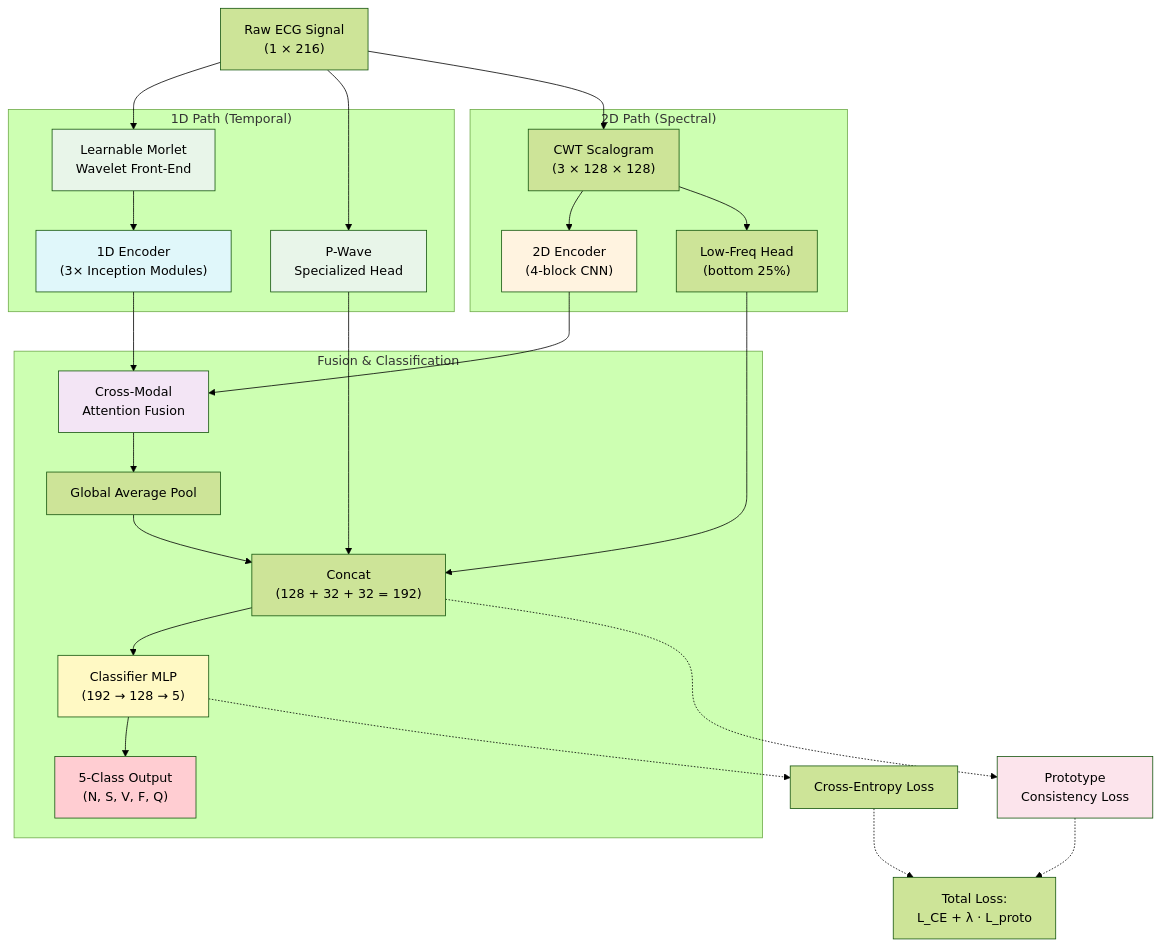
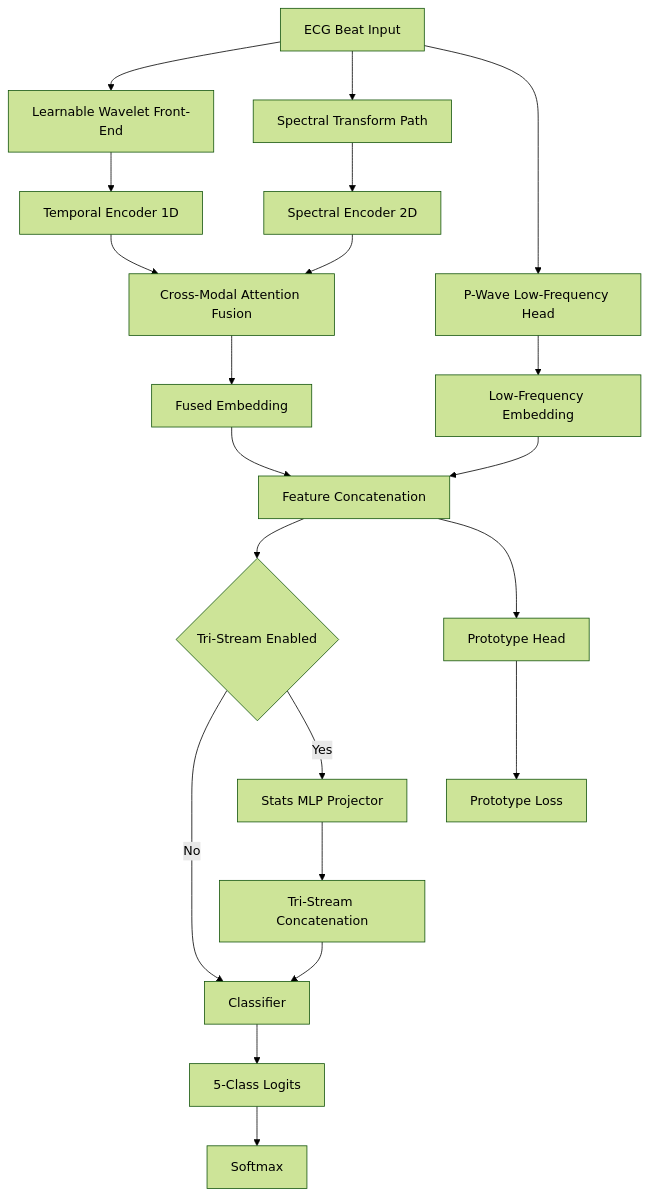
One commit to HardikNegi9/Guide changed the first of 2 diagrams in NSHT_PAPER3_STUDY_GUIDE.md. Above: the diagram before and after it, drawn with Mermaid (forest theme). The commit also changed other lines of this file and 5 other files, not shown here.

````diff
--- a/NSHT_PAPER3_STUDY_GUIDE.md
+++ b/NSHT_PAPER3_STUDY_GUIDE.md
@@ -49,55 +383,29 @@
 ```mermaid
 flowchart TD
-    A["Raw ECG Signal<br/>(1 × 216)"] --> B["Learnable Morlet<br/>Wavelet Front-End"]
-    A --> C["P-Wave<br/>Specialized Head"]
-    A --> D["CWT Scalogram<br/>(3 × 128 × 128)"]
+  A[ECG Beat Input] --> B[Learnable Wavelet Front-End]
+  A --> C[Spectral Transform Path]
+  A --> D[P-Wave Low-Frequency Head]
 
-    B --> E["1D Encoder<br/>(3× Inception Modules)"]
-    D --> F["2D Encoder<br/>(4-block CNN)"]
-    D --> G["Low-Freq Head<br/>(bottom 25%)"]
+  B --> E[Temporal Encoder 1D]
+  C --> F[Spectral Encoder 2D]
 
-    E --> H["Cross-Modal<br/>Attention Fusion"]
-    F --> H
+  E --> G[Cross-Modal Attention Fusion]
+  F --> G
 
-    H --> I["Global Average Pool"]
-    I --> J["Concat<br/>(128 + 32 + 32 = 192)"]
-    C --> J
-    G --> J
+  G --> H[Fused Embedding]
+  D --> I[Low-Frequency Embedding]
 
-    J --> K["Classifier MLP<br/>(192 → 128 → 5)"]
-    K --> L["5-Class Output<br/>(N, S, V, F, Q)"]
+  H --> J[Feature Concatenation]
+  I --> J
 
-    J -.-> M["Prototype<br/>Consistency Loss"]
-    K -.-> N["Cross-Entropy Loss"]
-    M -.-> O["Total Loss:<br/>L_CE + λ · L_proto"]
-    N -.-> O
+  J --> K{Tri-Stream Enabled}
+  K -->|No| L[Classifier]
+  K -->|Yes| M[Stats MLP Projector]
+  M --> N[Tri-Stream Concatenation]
+  N --> L
 
-    subgraph "1D Path (Temporal)"
-        B
-        C
-        E
-    end
-
-    subgraph "2D Path (Spectral)"
-        D
-        F
-        G
-    end
-
-    subgraph "Fusion & Classification"
-        H
-        I
-        J
-        K
-        L
-    end
-
-    style B fill:#e8f5e9
-    style C fill:#e8f5e9
-    style E fill:#e0f7fa
-    style F fill:#fff3e0
-    style H fill:#f3e5f5
-    style K fill:#fff9c4
-    style L fill:#ffcdd2
-    style M fill:#fce4ec
+  L --> O[5-Class Logits]
+  O --> P[Softmax]
+  J --> Q[Prototype Head]
+  Q --> R[Prototype Loss]
 ```
````
